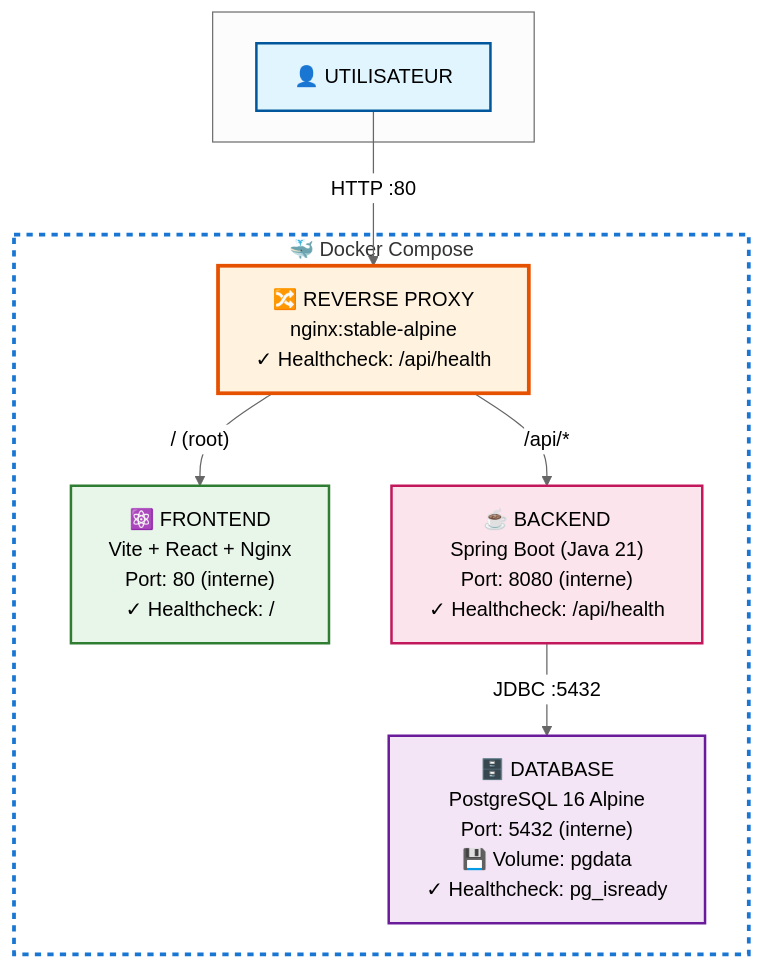
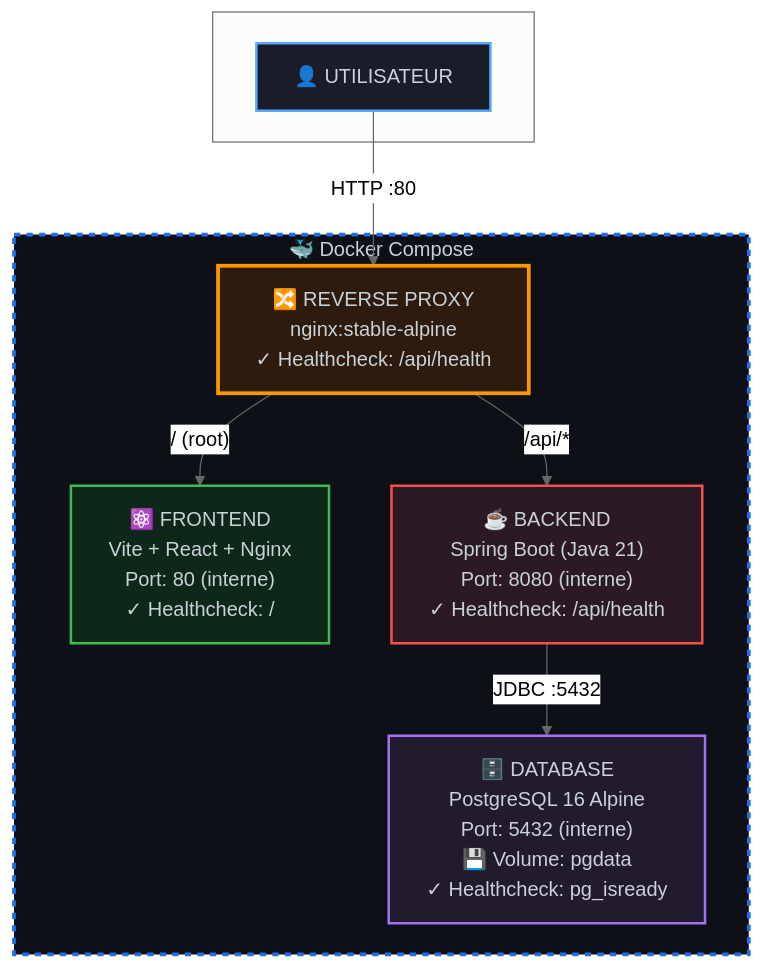
The diagram in README.md (Aairuxul/TP-final-docker), drawn with Mermaid (neutral theme) before and after one commit.

Commit message:
fix: update styles in architecture diagram for improved visibility

````diff
--- a/README.md
+++ b/README.md
@@ -20,30 +20,30 @@
 ```mermaid
 graph TB
     subgraph " "
         User["👤 UTILISATEUR"]
     end
 
     User -->|"HTTP :80"| ReverseProxy
 
     subgraph Docker["🐳 Docker Compose"]
         ReverseProxy["🔀 REVERSE PROXY<br/>nginx:stable-alpine<br/>✓ Healthcheck: /api/health"]
 
         ReverseProxy -->|"/ (root)"| Frontend
         ReverseProxy -->|"/api/*"| Backend
 
         Frontend["⚛️ FRONTEND<br/>Vite + React + Nginx<br/>Port: 80 (interne)<br/>✓ Healthcheck: /"]
 
         Backend["☕ BACKEND<br/>Spring Boot (Java 21)<br/>Port: 8080 (interne)<br/>✓ Healthcheck: /api/health"]
 
         Backend -->|"JDBC :5432"| Database
 
         Database["🗄️ DATABASE<br/>PostgreSQL 16 Alpine<br/>Port: 5432 (interne)<br/>💾 Volume: pgdata<br/>✓ Healthcheck: pg_isready"]
     end
 
-    style User fill:#e1f5ff,stroke:#01579b,stroke-width:2px
-    style ReverseProxy fill:#fff3e0,stroke:#e65100,stroke-width:3px
-    style Frontend fill:#e8f5e9,stroke:#2e7d32,stroke-width:2px
-    style Backend fill:#fce4ec,stroke:#c2185b,stroke-width:2px
-    style Database fill:#f3e5f5,stroke:#6a1b9a,stroke-width:2px
-    style Docker fill:#ffffff,stroke:#1976d2,stroke-width:3px,stroke-dasharray: 5 5
+    style User fill:#1a1d29,stroke:#58a6ff,stroke-width:2px,color:#c9d1d9
+    style ReverseProxy fill:#2d1b0e,stroke:#ff9800,stroke-width:3px,color:#c9d1d9
+    style Frontend fill:#0d2818,stroke:#3fb950,stroke-width:2px,color:#c9d1d9
+    style Backend fill:#2b1a24,stroke:#f85149,stroke-width:2px,color:#c9d1d9
+    style Database fill:#221a2d,stroke:#a371f7,stroke-width:2px,color:#c9d1d9
+    style Docker fill:#0d1117,stroke:#1f6feb,stroke-width:3px,stroke-dasharray: 5 5,color:#c9d1d9
 ```
````
